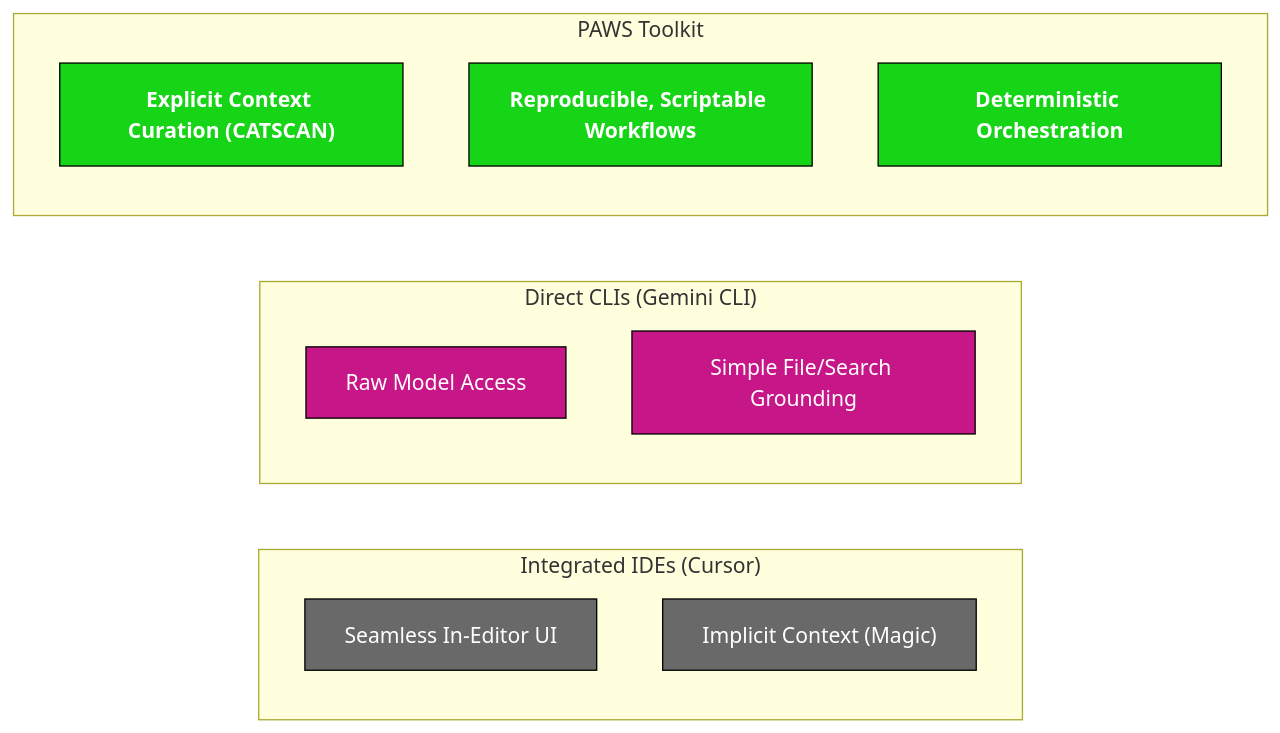
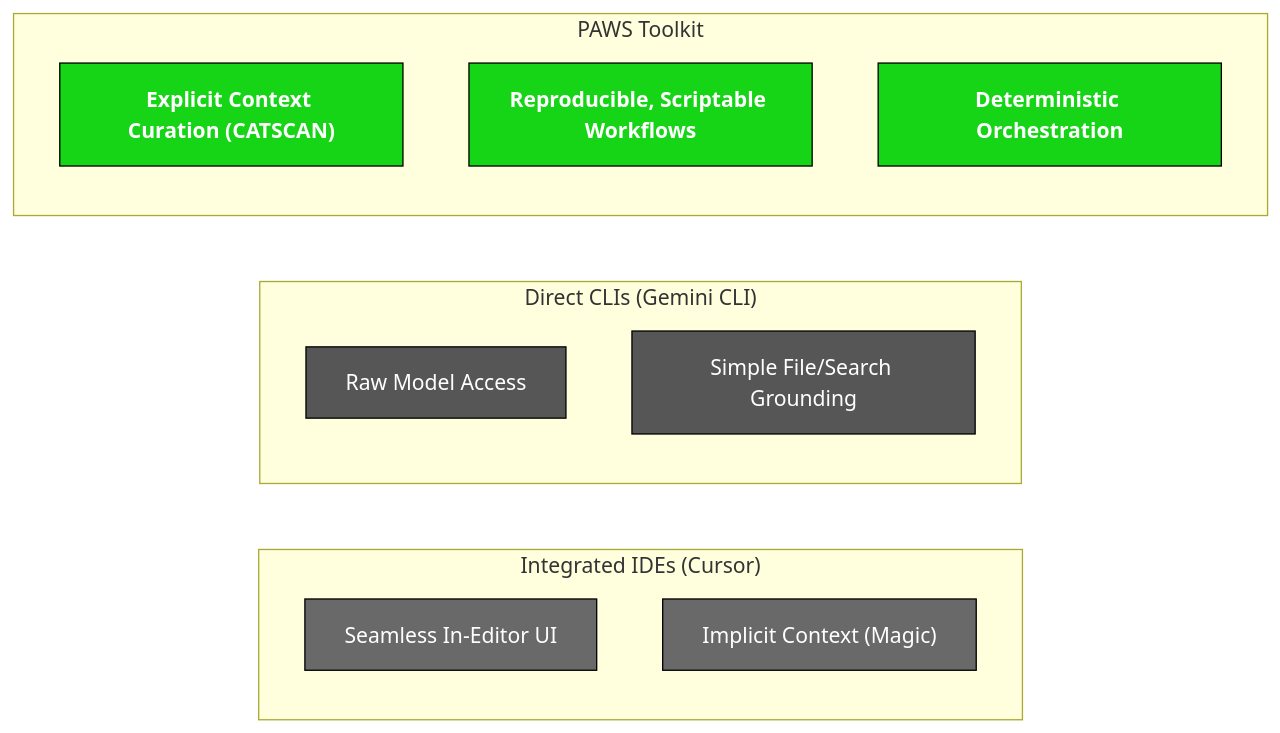
One commit to clocksmith/paws changed the first of 3 diagrams in README.md. Above: the diagram before and after it, drawn with Mermaid.

````diff
--- a/README.md
+++ b/README.md
@@ -13,23 +13,23 @@
 ```mermaid
 graph LR
     subgraph "Integrated IDEs (Cursor)"
         A1["Seamless In-Editor UI"]
         A2["Implicit Context (Magic)"]
     end
     subgraph "Direct CLIs (Gemini CLI)"
         B1["Raw Model Access"]
         B2["Simple File/Search Grounding"]
     end
     subgraph "PAWS Toolkit"
         C1["<b>Explicit Context Curation (CATSCAN)</b>"]
         C2["<b>Reproducible, Scriptable Workflows</b>"]
         C3["<b>Deterministic Orchestration</b>"]
     end
 
     classDef paws fill:#16D416,stroke:#000,color:#fff;
     classDef ide fill:#696969,stroke:#000,color:#fff;
-    classDef cli fill:#C71688,stroke:#000,color:#fff;
+    classDef cli fill:#565656,stroke:#000,color:#fff;
     class A1,A2 ide;
     class B1,B2 cli;
     class C1,C2,C3 paws;
 ```
````
